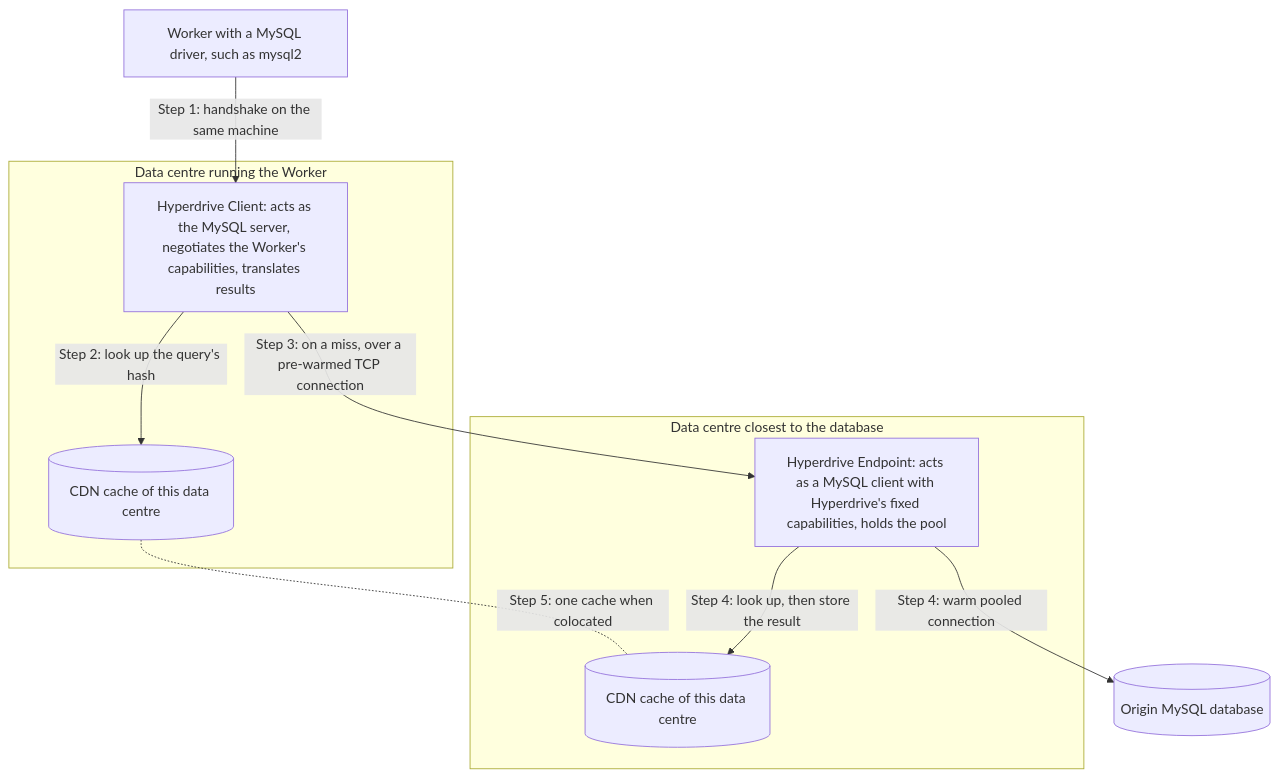
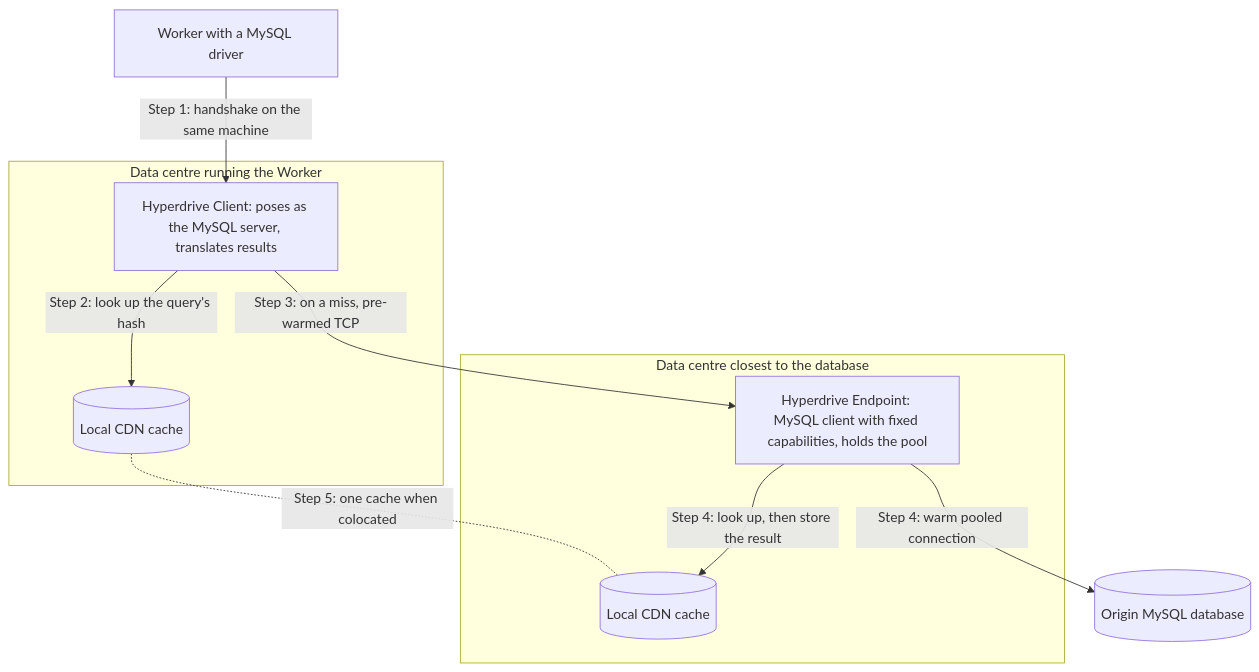
One commit to nayan9229/hastcode changed the first of 2 diagrams in content/explainers/apis-networking/cloudflare-hyperdrive-mysql-caching.md. Above: the diagram before and after it, drawn with Mermaid. The commit also changed other lines of this file and 21 other files, not shown here.

````diff
--- a/content/explainers/apis-networking/cloudflare-hyperdrive-mysql-caching.md
+++ b/content/explainers/apis-networking/cloudflare-hyperdrive-mysql-caching.md
@@ -37,20 +37,20 @@
 ```mermaid
 %% title: How a MySQL query from a Worker reaches its database through Hyperdrive (redrawn from Cloudflare's description)
 flowchart TD
-  Worker["Worker with a MySQL driver, such as mysql2"]
+  Worker["Worker with a MySQL driver"]
   subgraph Near["Data centre running the Worker"]
-    Client["Hyperdrive Client: acts as the MySQL server, negotiates the Worker's capabilities, translates results"]
-    CacheA[("CDN cache of this data centre")]
+    Client["Hyperdrive Client: poses as the MySQL server, translates results"]
+    CacheA[("Local CDN cache")]
   end
   subgraph Far["Data centre closest to the database"]
-    Endpoint["Hyperdrive Endpoint: acts as a MySQL client with Hyperdrive's fixed capabilities, holds the pool"]
-    CacheB[("CDN cache of this data centre")]
+    Endpoint["Hyperdrive Endpoint: MySQL client with fixed capabilities, holds the pool"]
+    CacheB[("Local CDN cache")]
   end
   Origin[("Origin MySQL database")]
   Worker -->|"Step 1: handshake on the same machine"| Client
   Client -->|"Step 2: look up the query's hash"| CacheA
-  Client -->|"Step 3: on a miss, over a pre-warmed TCP connection"| Endpoint
+  Client -->|"Step 3: on a miss, pre-warmed TCP"| Endpoint
   Endpoint -->|"Step 4: look up, then store the result"| CacheB
   Endpoint -->|"Step 4: warm pooled connection"| Origin
   CacheA -.-|"Step 5: one cache when colocated"| CacheB
 ```
````
